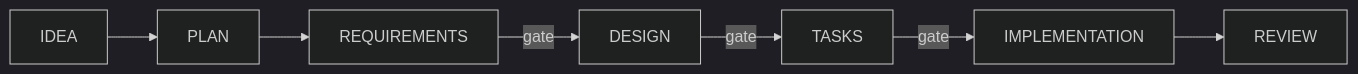
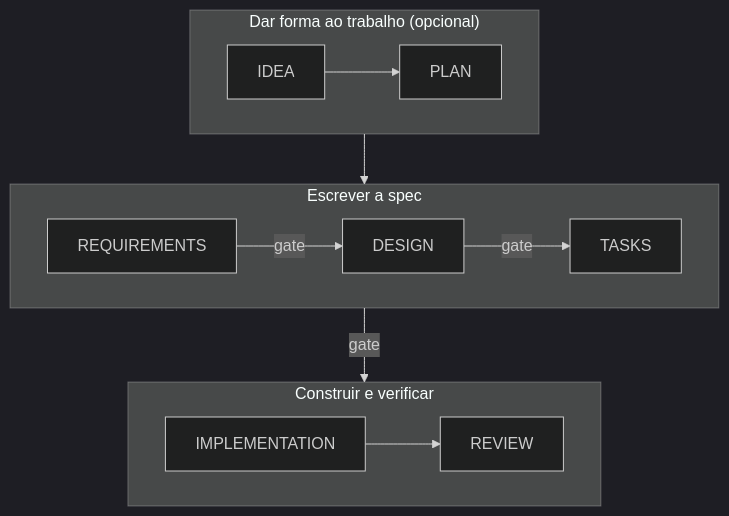
The second of 15 diagrams in BOOK.pt-BR.md (felipefontoura/spec-driven-development-book), drawn with Mermaid (dark theme) before and after one commit. The commit also changed other lines of this file and 1 other file, not shown here.

````diff
--- a/BOOK.pt-BR.md
+++ b/BOOK.pt-BR.md
@@ -196,13 +194,25 @@
 ```mermaid
-flowchart LR
-    I[IDEA] --> P[PLAN]
-    P --> R[REQUIREMENTS]
-    R -->|gate| D[DESIGN]
-    D -->|gate| T[TASKS]
-    T -->|gate| E[IMPLEMENTATION]
-    E --> V[REVIEW]
+flowchart TB
+    subgraph SHAPE["Dar forma ao trabalho (opcional)"]
+        direction LR
+        I[IDEA] --> P[PLAN]
+    end
+
+    subgraph SPEC["Escrever a spec"]
+        direction LR
+        R[REQUIREMENTS] -->|gate| D[DESIGN]
+        D -->|gate| T[TASKS]
+    end
+
+    subgraph CODE["Construir e verificar"]
+        direction LR
+        E[IMPLEMENTATION] --> V[REVIEW]
+    end
+
+    SHAPE --> SPEC
+    SPEC -->|gate| CODE
 
     class I,P muted;
     class R,D,T neutral;
     class E,V accent;
 ```
````
